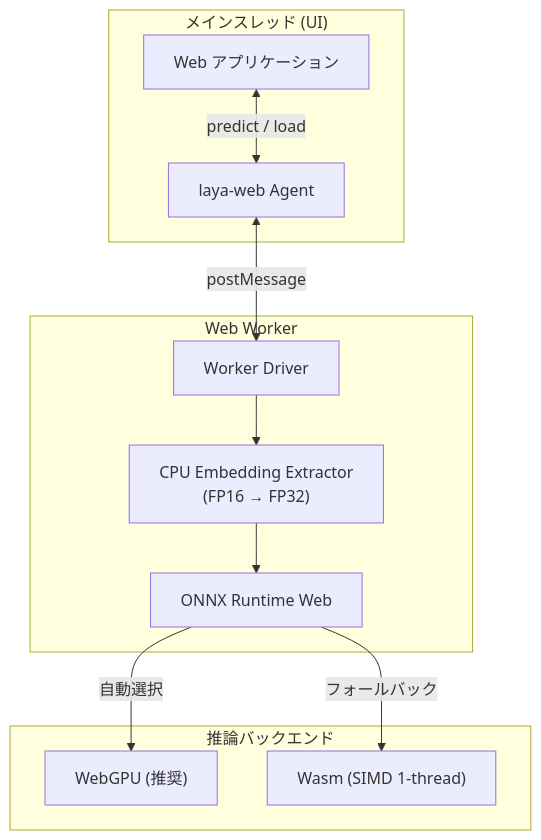
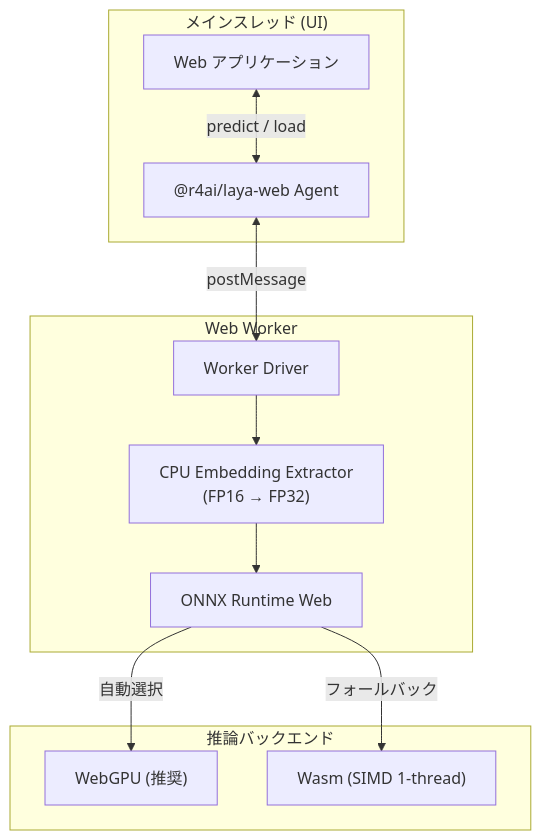
Before and after one commit to r4ai/laya-web: the diagram in README.md, drawn with Mermaid. The commit also changed other lines of this file and 7 other files, not shown here.

Commit message:
chore: rename package to @r4ai/laya-web

````diff
--- a/README.md
+++ b/README.md
@@ -32,25 +32,25 @@
 ```mermaid
 graph TD
     subgraph MainThread ["メインスレッド (UI)"]
         App["Web アプリケーション"]
-        Agent["laya-web Agent"]
+        Agent["@r4ai/laya-web Agent"]
     end
 
     subgraph WorkerThread ["Web Worker"]
         Driver["Worker Driver"]
         CPUEmb["CPU Embedding Extractor<br/>(FP16 → FP32)"]
         ORT["ONNX Runtime Web"]
     end
 
     subgraph ExecProvider ["推論バックエンド"]
         WebGPU["WebGPU (推奨)"]
         Wasm["Wasm (SIMD 1-thread)"]
     end
 
     App <-->|predict / load| Agent
     Agent <-->|postMessage| Driver
     Driver --> CPUEmb
     CPUEmb --> ORT
     ORT -->|自動選択| WebGPU
     ORT -->|フォールバック| Wasm
 ```
````
